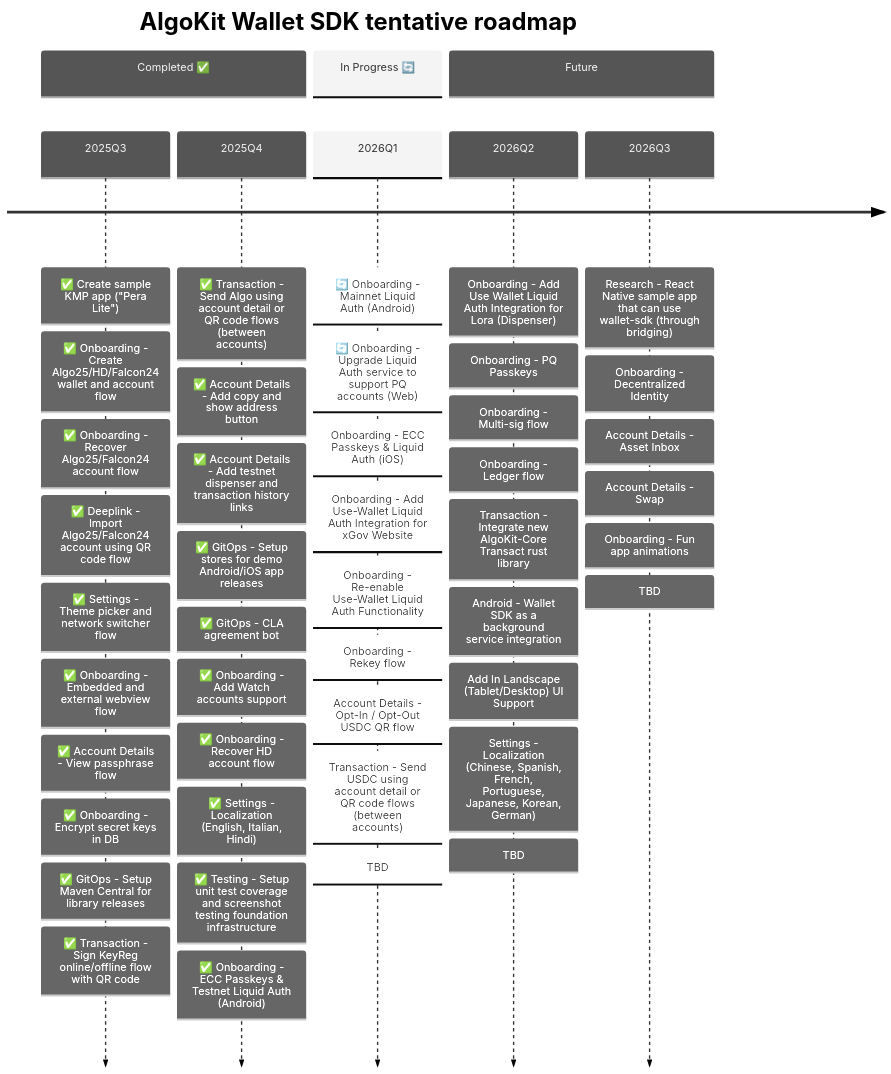
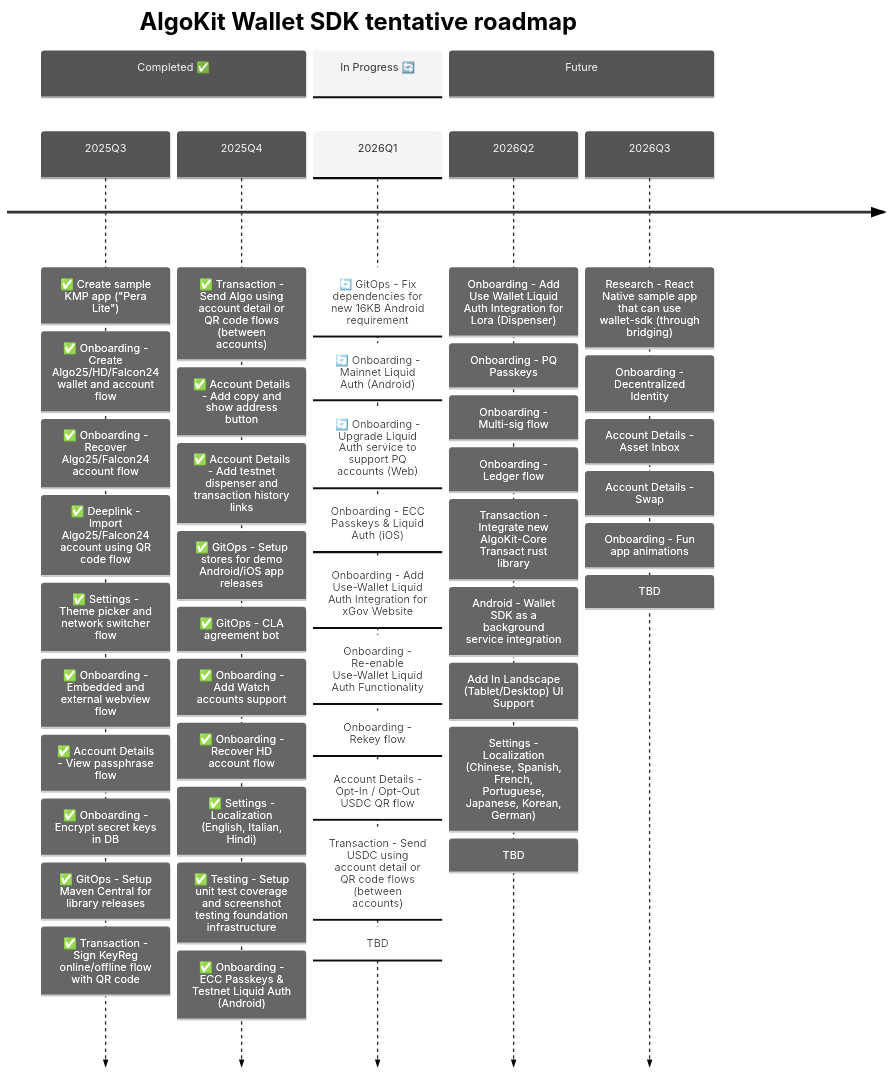
Before and after one commit to michaeltchuangllc/algokit-walletsdk-kmp: the second of 3 diagrams in README.md, drawn with Mermaid. The commit also changed other lines of this file and 2 other files, not shown here.

````diff
--- a/README.md
+++ b/README.md
@@ -67,61 +67,62 @@
 ```mermaid
 ---
 config:
   theme: 'neutral'
 ---
 timeline
     title AlgoKit Wallet SDK tentative roadmap
 
     section Completed ✅
     2025Q3  : ✅ Create sample KMP app ("Pera Lite")
             : ✅ Onboarding - Create Algo25/HD/Falcon24 wallet and account flow
             : ✅ Onboarding - Recover Algo25/Falcon24 account flow
             : ✅ Deeplink - Import Algo25/Falcon24 account using QR code flow
             : ✅ Settings - Theme picker and network switcher flow
             : ✅ Onboarding - Embedded and external webview flow
             : ✅ Account Details - View passphrase flow
             : ✅ Onboarding - Encrypt secret keys in DB
             : ✅ GitOps - Setup Maven Central for library releases
             : ✅ Transaction - Sign KeyReg online/offline flow with QR code
 
     2025Q4  : ✅ Transaction - Send Algo using account detail or QR code flows (between accounts)
             : ✅ Account Details - Add copy and show address button
             : ✅ Account Details - Add testnet dispenser and transaction history links
             : ✅ GitOps - Setup stores for demo Android/iOS app releases
             : ✅ GitOps - CLA agreement bot
             : ✅ Onboarding - Add Watch accounts support
             : ✅ Onboarding - Recover HD account flow
             : ✅ Settings - Localization (English, Italian, Hindi)
             : ✅ Testing - Setup unit test coverage and screenshot testing foundation infrastructure
             : ✅ Onboarding - ECC Passkeys & Testnet Liquid Auth (Android)
 
     section In Progress 🔄
-    2026Q1  : 🔄 Onboarding - Mainnet Liquid Auth (Android)
+    2026Q1  : 🔄 GitOps - Fix dependencies for new 16KB Android requirement
+            : 🔄 Onboarding - Mainnet Liquid Auth (Android)
             : 🔄 Onboarding - Upgrade Liquid Auth service to support PQ accounts (Web)
             : Onboarding - ECC Passkeys & Liquid Auth (iOS)
             : Onboarding - Add Use-Wallet Liquid Auth Integration for xGov Website
             : Onboarding - Re-enable Use-Wallet Liquid Auth Functionality
             : Onboarding - Rekey flow
             : Account Details - Opt-In / Opt-Out USDC QR flow
             : Transaction - Send USDC using account detail or QR code flows (between accounts)
             : TBD
 
     section Future
     2026Q2   
             : Onboarding - Add Use Wallet Liquid Auth Integration for Lora (Dispenser)
             : Onboarding - PQ Passkeys
             : Onboarding - Multi-sig flow
             : Onboarding - Ledger flow
             : Transaction - Integrate new AlgoKit-Core Transact rust library
             : Android - Wallet SDK as a background service integration
             : Add In Landscape (Tablet/Desktop) UI Support
             : Settings - Localization (Chinese, Spanish, French, Portuguese, Japanese, Korean, German)
             : TBD
     2026Q3
             : Research - React Native sample app that can use wallet-sdk (through bridging)
             : Onboarding - Decentralized Identity
             : Account Details - Asset Inbox
             : Account Details - Swap
             : Onboarding - Fun app animations
             : TBD
 ```
````
